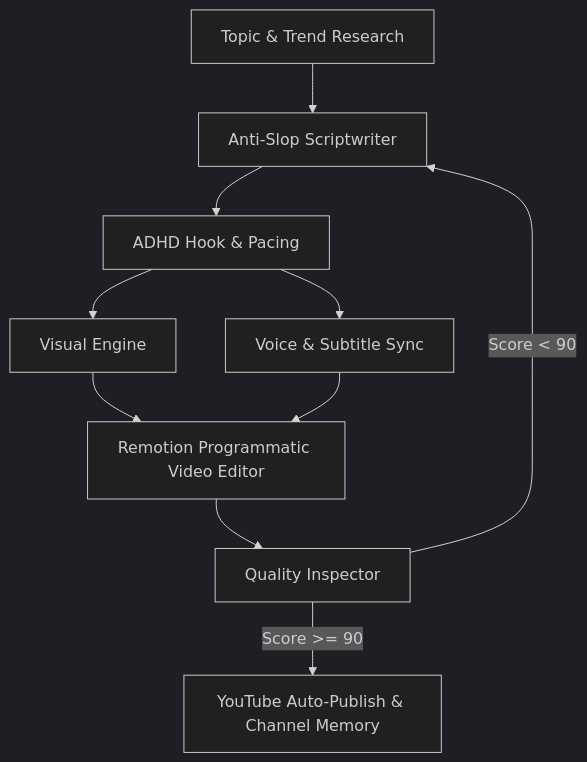
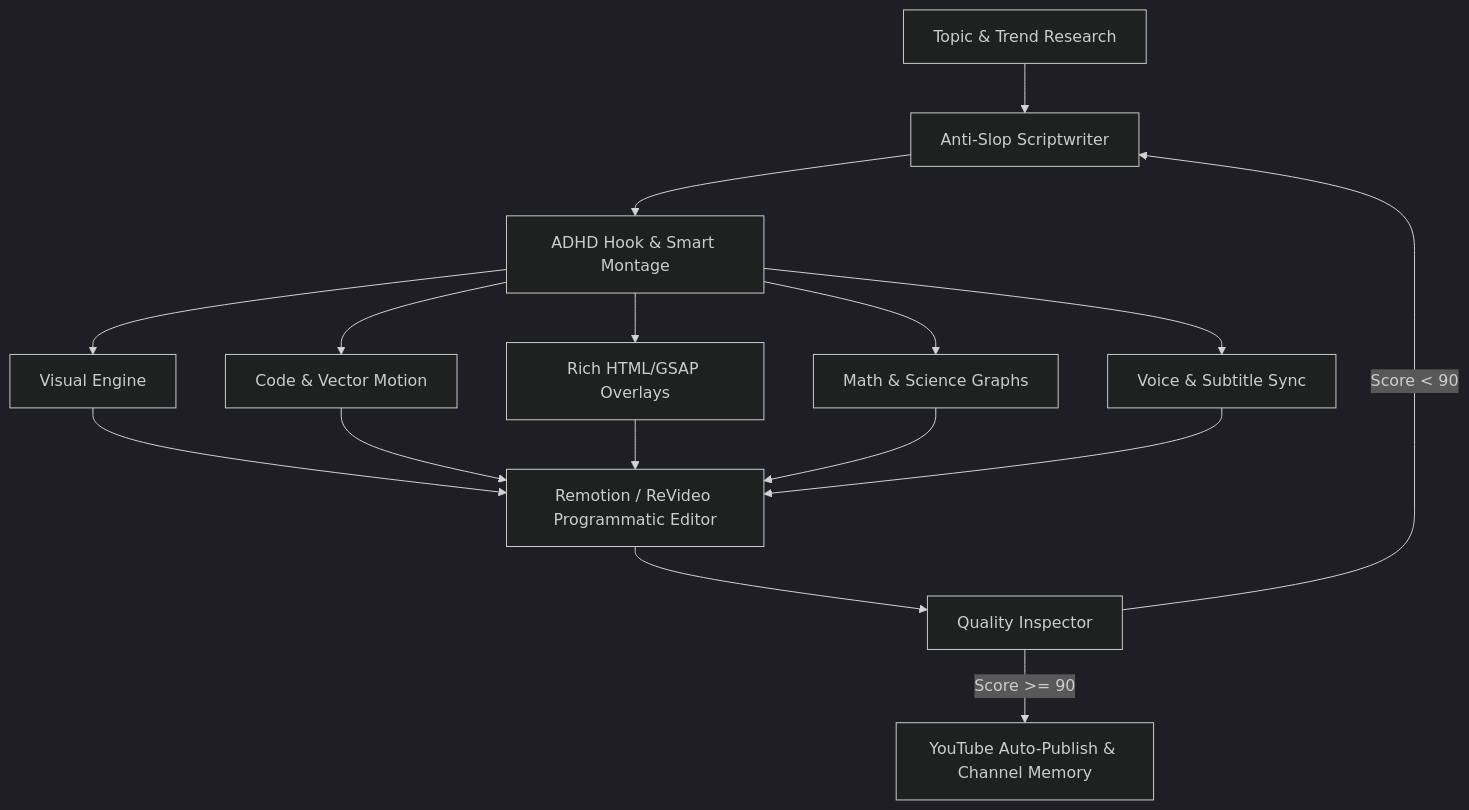
The diagram in README.md (kursatsndgn/youtube-autonomous-studio), drawn with Mermaid (dark theme) before and after one commit. The commit also changed other lines of this file and 7 other files, not shown here.

Commit message:
feat: Add hyperframes, openmontage, motion-canvas, and manim skills & engines

````diff
--- a/README.md
+++ b/README.md
@@ -26,12 +30,21 @@
 ```mermaid
 flowchart TD
     A[Topic & Trend Research\n<yt-dlp + open-notebook>] --> B[Anti-Slop Scriptwriter\n<no-ai-slop + creative>]
-    B --> C[ADHD Hook & Pacing\n<i-have-adhd + replica>]
+    B --> C[ADHD Hook & Smart Montage\n<i-have-adhd + openmontage>]
+    
     C --> D1[Visual Engine\n<ComfyUI + rembg cutout>]
-    C --> D2[Voice & Subtitle Sync\n<OpenVoice + faster-whisper>]
-    D1 --> E[Remotion Programmatic Video Editor\n<React Video Composition>]
+    C --> D2[Code & Vector Motion\n<motion-canvas>]
+    C --> D3[Rich HTML/GSAP Overlays\n<heygen-com/hyperframes>]
+    C --> D4[Math & Science Graphs\n<manim>]
+    C --> D5[Voice & Subtitle Sync\n<OpenVoice + faster-whisper>]
+    
+    D1 --> E[Remotion / ReVideo Programmatic Editor\n<Master Timeline Assembly>]
     D2 --> E
+    D3 --> E
+    D4 --> E
+    D5 --> E
+    
     E --> F[Quality Inspector\n<SkillSpector + Strix Audit>]
     F -->|Score >= 90| G[YouTube Auto-Publish & Channel Memory\n<YouTube Data API v3 + claude-mem>]
     F -->|Score < 90| B
 ```
````
